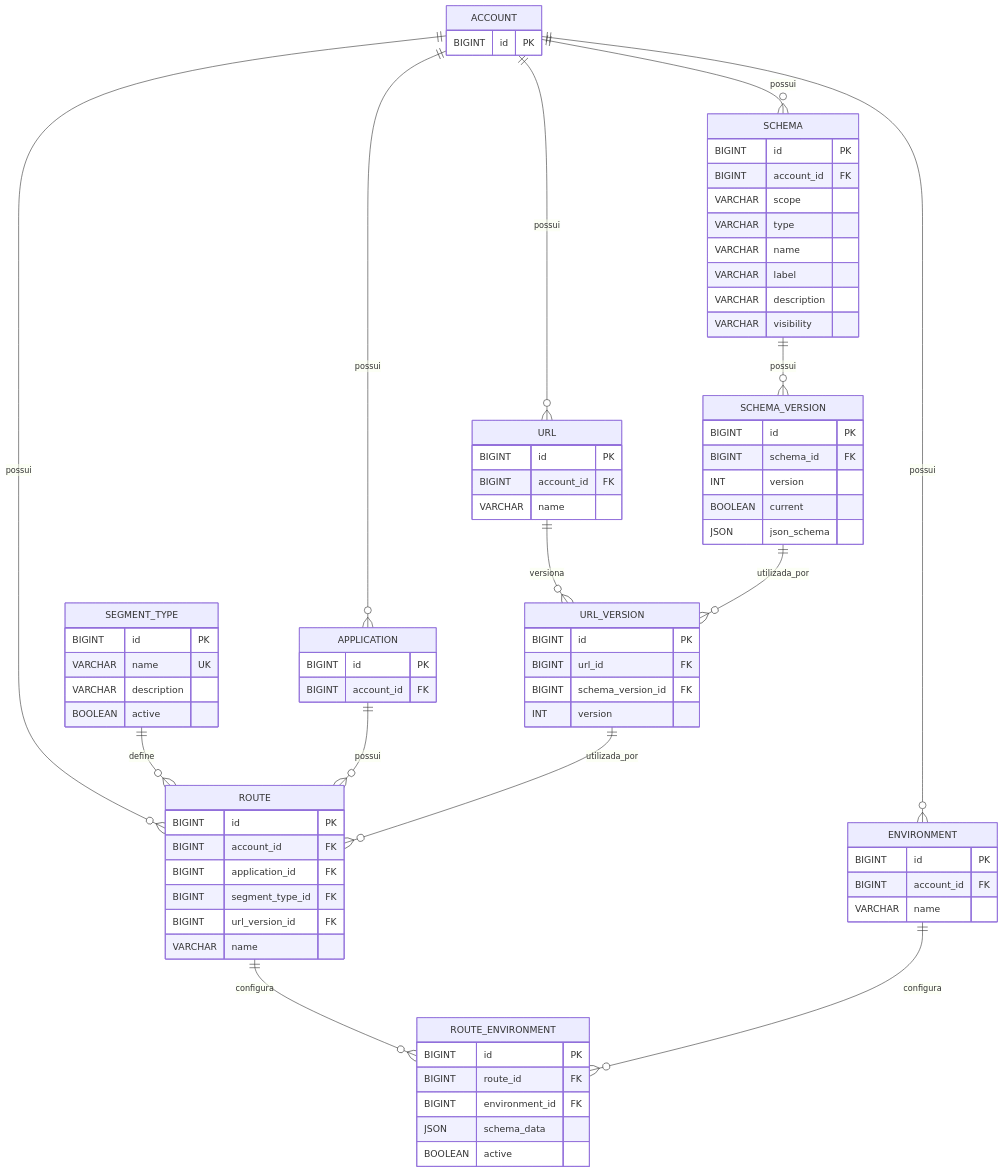
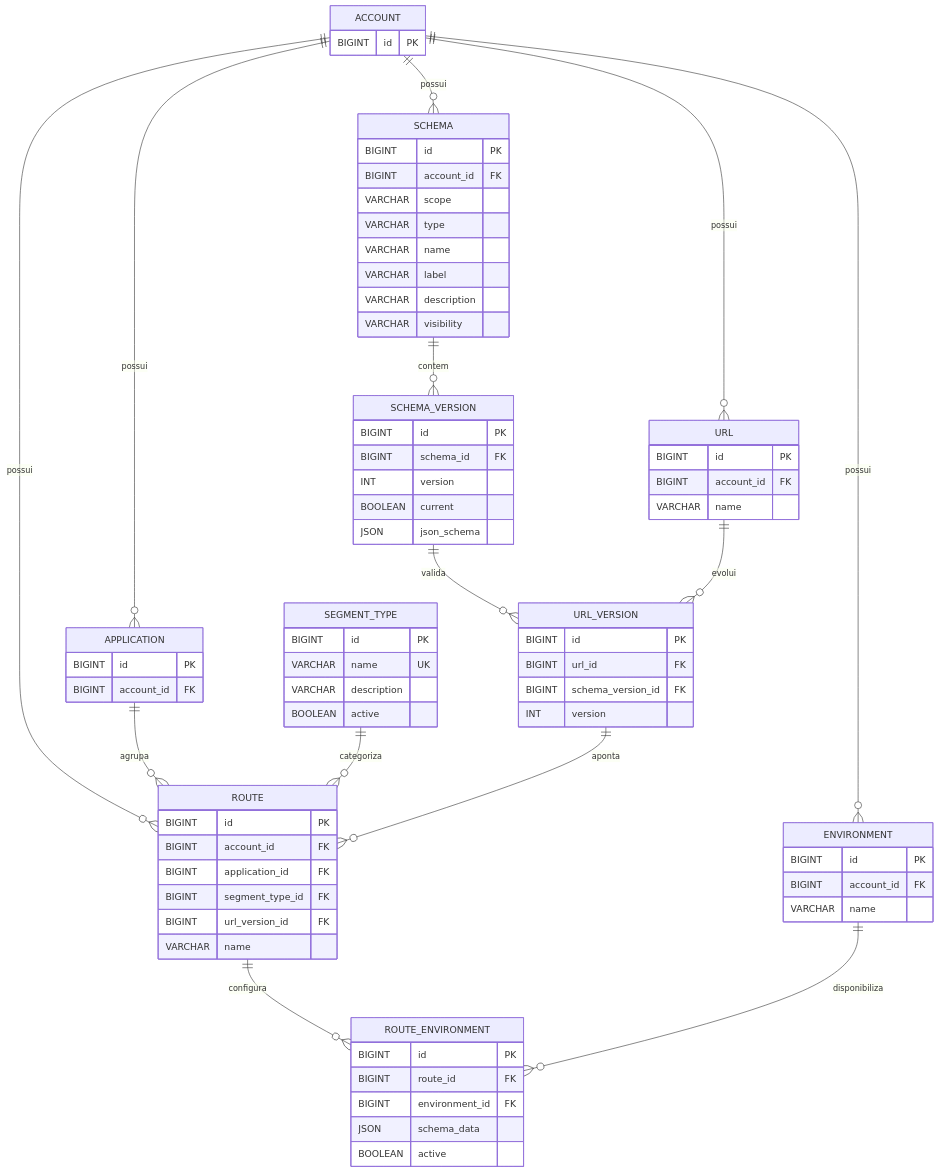
Before and after one commit to BrunoBS/guideline-java: the diagram in docs/modelo_dados_rotas.md, drawn with Mermaid. The commit also changed other lines of this file, not shown here.

````diff
--- a/docs/modelo_dados_rotas.md
+++ b/docs/modelo_dados_rotas.md
@@ -1402,26 +198,24 @@
         BOOLEAN active
     }
 
-
+    %% Relacionamentos Core
     ACCOUNT ||--o{ APPLICATION : "possui"
     ACCOUNT ||--o{ ENVIRONMENT : "possui"
     ACCOUNT ||--o{ SCHEMA : "possui"
     ACCOUNT ||--o{ URL : "possui"
     ACCOUNT ||--o{ ROUTE : "possui"
 
-    SCHEMA ||--o{ SCHEMA_VERSION : "possui"
+    %% Relacionamentos de Contrato
+    SCHEMA ||--o{ SCHEMA_VERSION : "contem"
+    SCHEMA_VERSION ||--o{ URL_VERSION : "valida"
+    URL ||--o{ URL_VERSION : "evolui"
+    
+    %% Relacionamentos Lógicos da Rota
+    APPLICATION ||--o{ ROUTE : "agrupa"
+    SEGMENT_TYPE ||--o{ ROUTE : "categoriza"
+    URL_VERSION ||--o{ ROUTE : "aponta"
 
-    URL ||--o{ URL_VERSION : "versiona"
-
-    SCHEMA_VERSION ||--o{ URL_VERSION : "utilizada_por"
-
-    SEGMENT_TYPE ||--o{ ROUTE : "define"
-
-    APPLICATION ||--o{ ROUTE : "possui"
-
-    URL_VERSION ||--o{ ROUTE : "utilizada_por"
-
+    %% Relacionamentos Operacionais de Ambiente
     ROUTE ||--o{ ROUTE_ENVIRONMENT : "configura"
-
-    ENVIRONMENT ||--o{ ROUTE_ENVIRONMENT : "configura"
+    ENVIRONMENT ||--o{ ROUTE_ENVIRONMENT : "disponibiliza"
 ```
````
